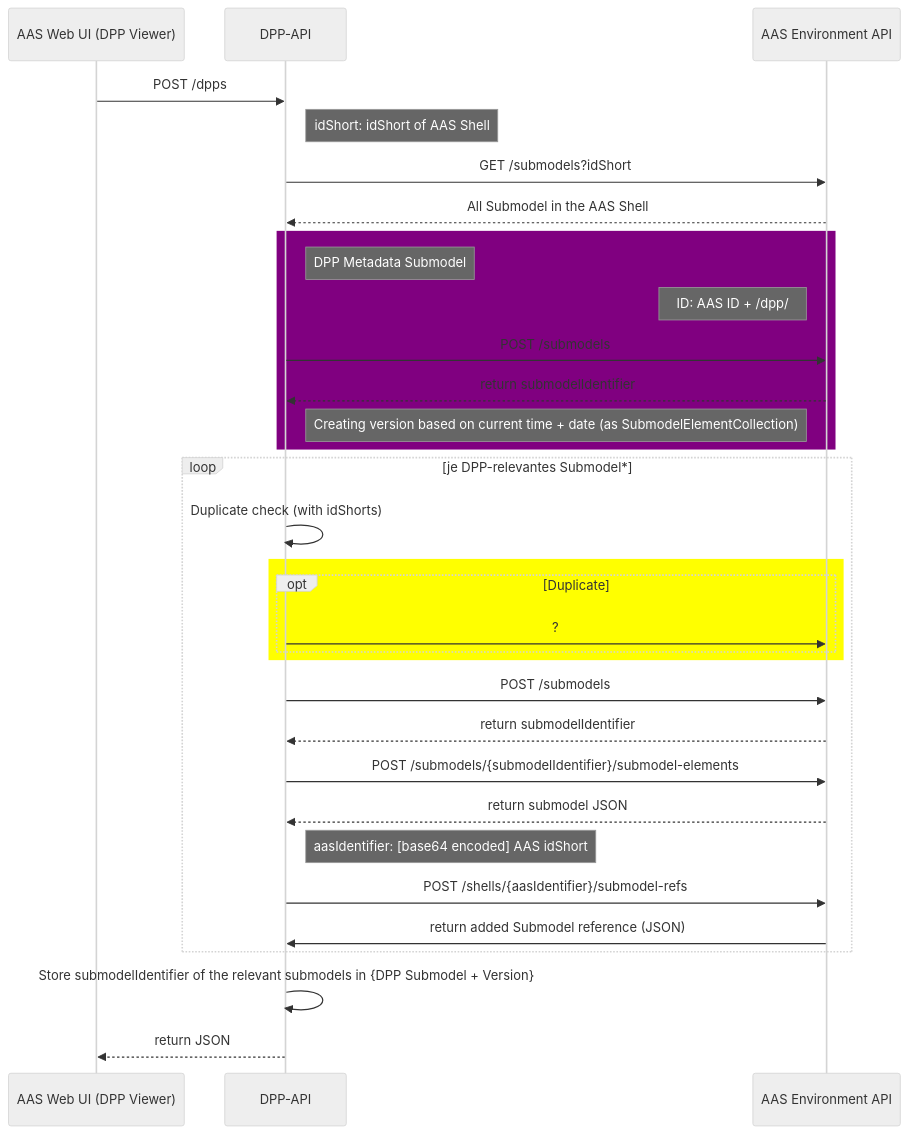
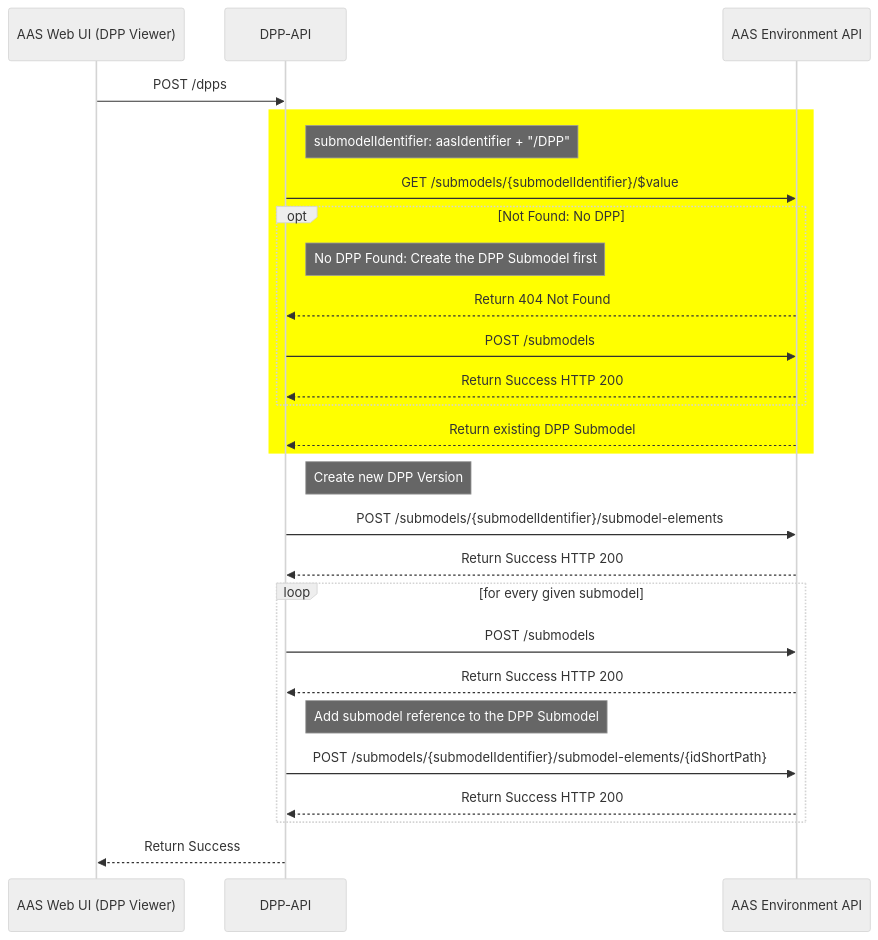
One commit to DHBW-TINF24F/Team6-BaSyx-DPP-API changed the first of 10 diagrams in PROJECT/SAS/mapping/mapping.md. Above: the diagram before and after it, drawn with Mermaid (neutral theme). The commit also changed other lines of this file, not shown here.

Commit message:
rework POST /dpps

````diff
--- a/PROJECT/SAS/mapping/mapping.md
+++ b/PROJECT/SAS/mapping/mapping.md
@@ -24,42 +24,35 @@
 ```mermaid
 sequenceDiagram
   participant Web as AAS Web UI (DPP Viewer)
   participant API as DPP-API
   participant Env as AAS Environment API
 
   Web->>API: POST /dpps
-  Note right of API: idShort: idShort of AAS Shell
-  API->>Env: GET /submodels?idShort
-  Env-->>API: All Submodel in the AAS Shell
-
-  rect purple
-    Note right of API: DPP Metadata Submodel
-    Note left of Env: ID: AAS ID + /dpp/
-    API->>Env: POST /submodels
-    Env-->>API: return submodelIdentifier
-    Note left of Env: Creating version based on current time + date (as SubmodelElementCollection)
+  
+  rect yellow
+    Note right of API: submodelIdentifier: aasIdentifier + "/DPP"
+    API->>Env: GET /submodels/{submodelIdentifier}/$value
+    opt Not Found: No DPP
+      Note right of API: No DPP Found: Create the DPP Submodel first
+      Env-->>API: Return 404 Not Found
+      API->>Env: POST /submodels
+      Env-->>API: Return Success HTTP 200
+    end
+    Env-->>API: Return existing DPP Submodel
   end
 
-  loop je DPP-relevantes Submodel*
-    API->>API: Duplicate check (with idShorts)
+  Note right of API: Create new DPP Version
+  API->>Env: POST /submodels/{submodelIdentifier}/submodel-elements
+  Env-->>API: Return Success HTTP 200
 
-    rect yellow
-        opt Duplicate
-            API->>Env: ?
-        end
-    end
-
+  loop for every given submodel
     API->>Env: POST /submodels
-    Env-->>API: return submodelIdentifier
-    API->>Env: POST /submodels/{submodelIdentifier}/submodel-elements
-    Env-->>API: return submodel JSON
-
-    Note right of API: aasIdentifier: [base64 encoded] AAS idShort
-    API->>Env: POST /shells/{aasIdentifier}/submodel-refs
-    Env->>API: return added Submodel reference (JSON)
+    Env-->>API: Return Success HTTP 200
+    
+    Note right of API: Add submodel reference to the DPP Submodel
+    API->>Env: POST /submodels/{submodelIdentifier}/submodel-elements/{idShortPath}
+    Env-->>API: Return Success HTTP 200
   end
 
-  API->>API: Store submodelIdentifier of the relevant submodels in {DPP Submodel + Version}
-
-  API-->>Web: return JSON
+  API-->>Web: Return Success
 ```
````
